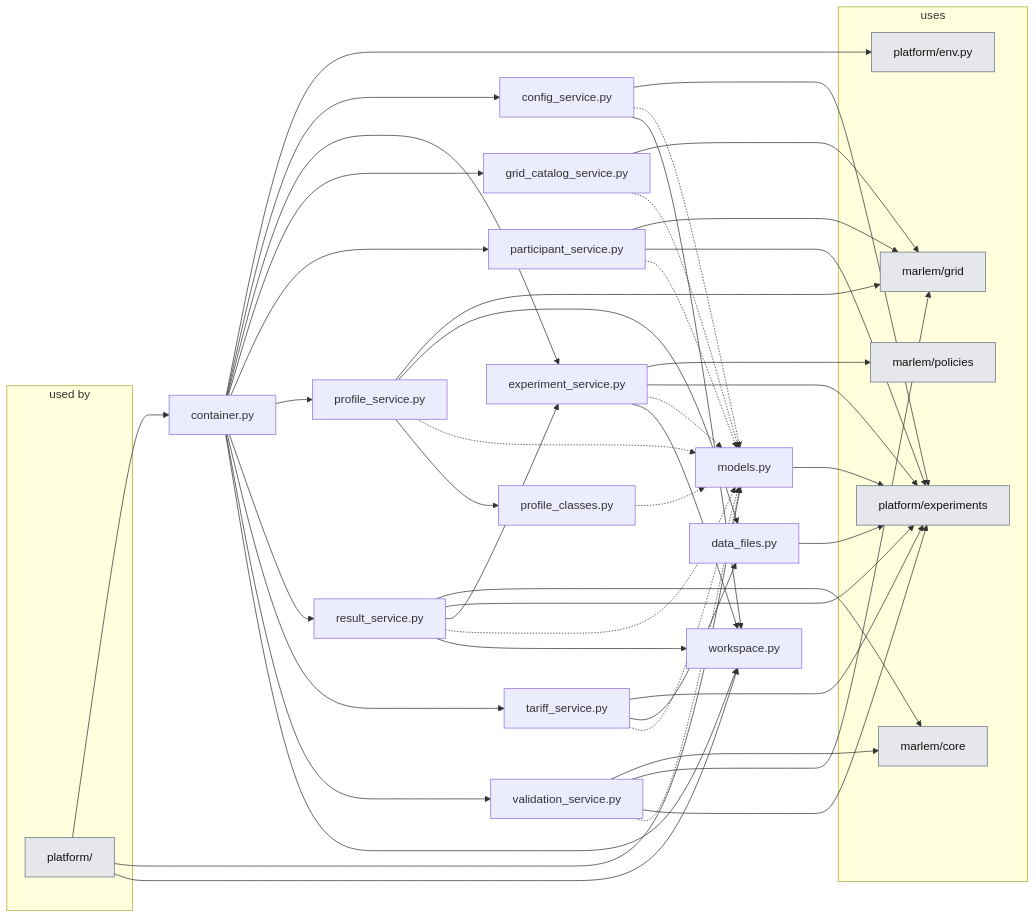
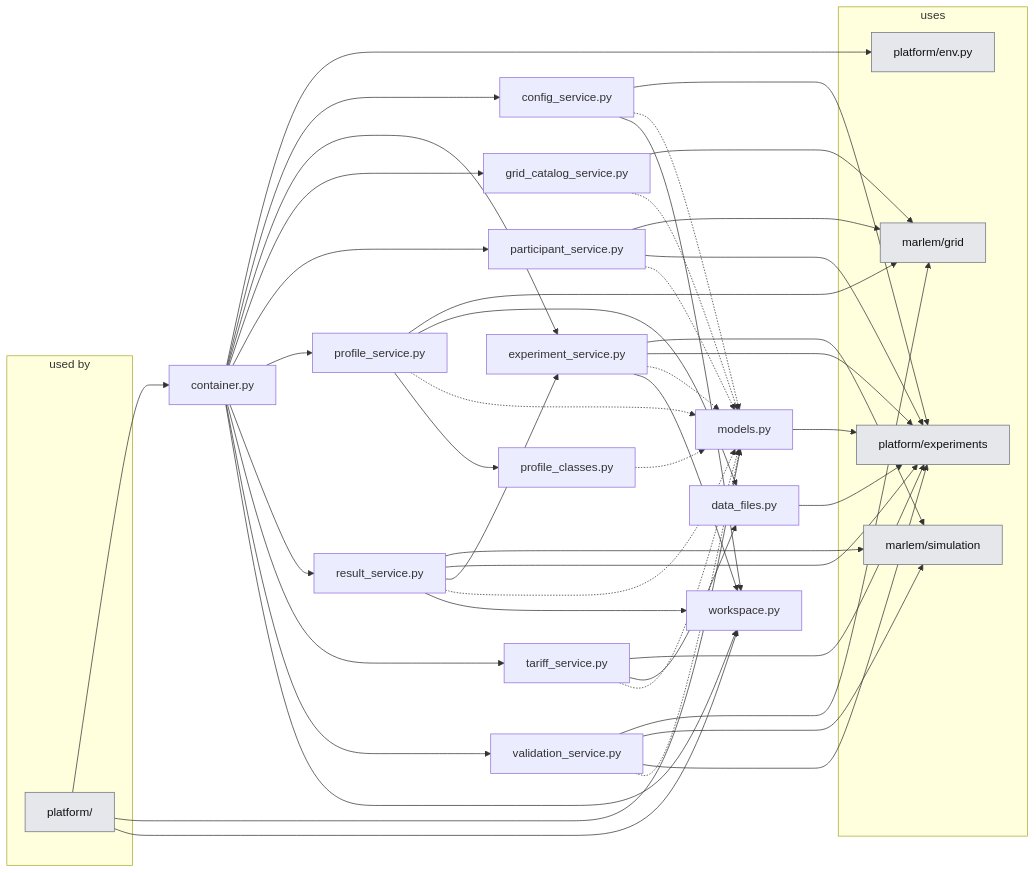
The second of 2 diagrams in docs_thesis/thesis/architecture/04-application-layer.md (KevinRapo/P2P-thesis), drawn with Mermaid before and after one commit. The commit also changed 36 other files, not shown here.

First line of the commit message:
refactor(simulation): one marlem/simulation package for playing a day

````diff
--- a/docs_thesis/thesis/architecture/04-application-layer.md
+++ b/docs_thesis/thesis/architecture/04-application-layer.md
@@ -63,71 +63,70 @@
 ```mermaid
 flowchart LR
   subgraph USERS["used by"]
     n_platform__users_["platform/"]:::ext
   end
   n_platform_services_config_service["config_service.py"]
   n_platform_services_container["container.py"]
   n_platform_services_data_files["data_files.py"]
   n_platform_services_experiment_service["experiment_service.py"]
   n_platform_services_grid_catalog_service["grid_catalog_service.py"]
   n_platform_services_models["models.py"]
   n_platform_services_participant_service["participant_service.py"]
   n_platform_services_profile_classes["profile_classes.py"]
   n_platform_services_profile_service["profile_service.py"]
   n_platform_services_result_service["result_service.py"]
   n_platform_services_tariff_service["tariff_service.py"]
   n_platform_services_validation_service["validation_service.py"]
   n_platform_services_workspace["workspace.py"]
   subgraph USES["uses"]
-    n_marlem_core["marlem/core"]:::ext
     n_marlem_grid["marlem/grid"]:::ext
-    n_marlem_policies["marlem/policies"]:::ext
+    n_marlem_simulation["marlem/simulation"]:::ext
     n_platform_env["platform/env.py"]:::ext
     n_platform_experiments["platform/experiments"]:::ext
   end
   n_platform__users_ --> n_platform_services_container
   n_platform__users_ --> n_platform_services_models
   n_platform__users_ --> n_platform_services_workspace
   n_platform_services_config_service --> n_platform_experiments
   n_platform_services_config_service -.-> n_platform_services_models
   n_platform_services_config_service --> n_platform_services_workspace
   n_platform_services_container --> n_platform_env
   n_platform_services_container --> n_platform_services_config_service
   n_platform_services_container --> n_platform_services_experiment_service
   n_platform_services_container --> n_platform_services_grid_catalog_service
   n_platform_services_container --> n_platform_services_participant_service
   n_platform_services_container --> n_platform_services_profile_service
   n_platform_services_container --> n_platform_services_result_service
   n_platform_services_container --> n_platform_services_tariff_service
   n_platform_services_container --> n_platform_services_validation_service
   n_platform_services_container --> n_platform_services_workspace
   n_platform_services_data_files --> n_platform_experiments
-  n_platform_services_experiment_service --> n_marlem_policies
+  n_platform_services_experiment_service --> n_marlem_simulation
   n_platform_services_experiment_service --> n_platform_experiments
   n_platform_services_experiment_service -.-> n_platform_services_models
   n_platform_services_experiment_service --> n_platform_services_workspace
   n_platform_services_grid_catalog_service --> n_marlem_grid
   n_platform_services_grid_catalog_service -.-> n_platform_services_models
   n_platform_services_models --> n_platform_experiments
   n_platform_services_participant_service --> n_marlem_grid
   n_platform_services_participant_service --> n_platform_experiments
   n_platform_services_participant_service -.-> n_platform_services_models
   n_platform_services_profile_classes -.-> n_platform_services_models
   n_platform_services_profile_service --> n_marlem_grid
   n_platform_services_profile_service --> n_platform_services_data_files
   n_platform_services_profile_service -.-> n_platform_services_models
   n_platform_services_profile_service --> n_platform_services_profile_classes
-  n_platform_services_result_service --> n_marlem_core
+  n_platform_services_result_service --> n_marlem_simulation
   n_platform_services_result_service --> n_platform_experiments
   n_platform_services_result_service --> n_platform_services_experiment_service
   n_platform_services_result_service -.-> n_platform_services_models
   n_platform_services_result_service --> n_platform_services_workspace
   n_platform_services_tariff_service --> n_platform_experiments
   n_platform_services_tariff_service --> n_platform_services_data_files
   n_platform_services_tariff_service -.-> n_platform_services_models
-  n_platform_services_validation_service --> n_marlem_core
   n_platform_services_validation_service --> n_marlem_grid
+  n_platform_services_validation_service --> n_marlem_simulation
   n_platform_services_validation_service --> n_platform_experiments
   n_platform_services_validation_service -.-> n_platform_services_models
   classDef ext fill:#e5e7eb,stroke:#6b7280,color:#111
 ```
````
